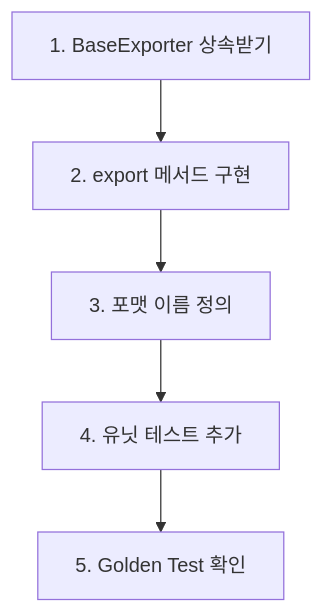
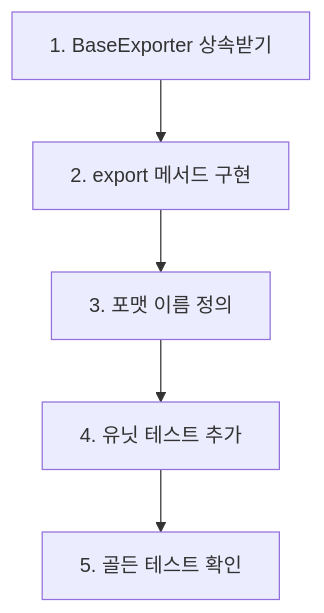
One commit to yeongseon/kpubdata-builder changed the third of 3 diagrams in AGENTS.md. Above: the diagram before and after it, drawn with Mermaid. The commit also changed other lines of this file and 35 other files, not shown here.

````diff
--- a/AGENTS.md
+++ b/AGENTS.md
@@ -158,7 +158,7 @@
 ```mermaid
 flowchart TD
     Step1[1. BaseExporter 상속받기] --> Step2[2. export 메서드 구현]
     Step2 --> Step3[3. 포맷 이름 정의]
     Step3 --> Step4[4. 유닛 테스트 추가]
-    Step4 --> Step5[5. Golden Test 확인]
+    Step4 --> Step5[5. 골든 테스트 확인]
 ```
````
